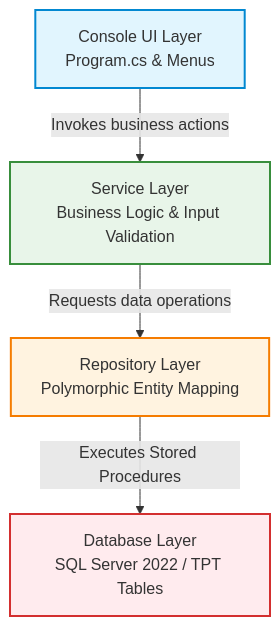
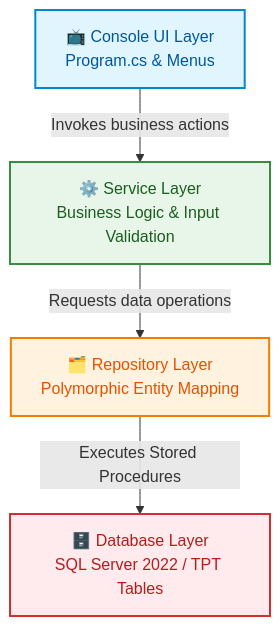
One commit to ritesh8308/EnterprisePayrollSystem changed the first of 2 diagrams in README.md. Above: the diagram before and after it, drawn with Mermaid. The commit also changed other lines of this file, not shown here.

Commit message:
Progress recorded till Database creation

````diff
--- a/README.md
+++ b/README.md
@@ -40,11 +64,11 @@
 ```mermaid
 graph TD
-    UI[Console UI Layer<br>Program.cs & Menus] -->|Invokes business actions| Service[Service Layer<br>Business Logic & Input Validation]
-    Service -->|Requests data operations| Repo[Repository Layer<br>Polymorphic Entity Mapping]
-    Repo -->|Executes Stored Procedures| DB[Database Layer<br>SQL Server 2022 / TPT Tables]
-    
-    style UI fill:#e1f5fe,stroke:#0288d1,stroke-width:2px;
-    style Service fill:#e8f5e9,stroke:#388e3c,stroke-width:2px;
-    style Repo fill:#fff3e0,stroke:#f57c00,stroke-width:2px;
-    style DB fill:#ffebee,stroke:#d32f2f,stroke-width:2px;
+    UI[📺 Console UI Layer<br/>Program.cs & Menus] -->|Invokes business actions| Service[⚙️ Service Layer<br/>Business Logic & Input Validation]
+    Service -->|Requests data operations| Repo[🗂️ Repository Layer<br/>Polymorphic Entity Mapping]
+    Repo -->|Executes Stored Procedures| DB[🗄️ Database Layer<br/>SQL Server 2022 / TPT Tables]
+
+    style UI fill:#e1f5fe,stroke:#0288d1,stroke-width:2px,color:#01579b
+    style Service fill:#e8f5e9,stroke:#388e3c,stroke-width:2px,color:#1b5e20
+    style Repo fill:#fff3e0,stroke:#f57c00,stroke-width:2px,color:#e65100
+    style DB fill:#ffebee,stroke:#d32f2f,stroke-width:2px,color:#b71c1c
 ```
````
